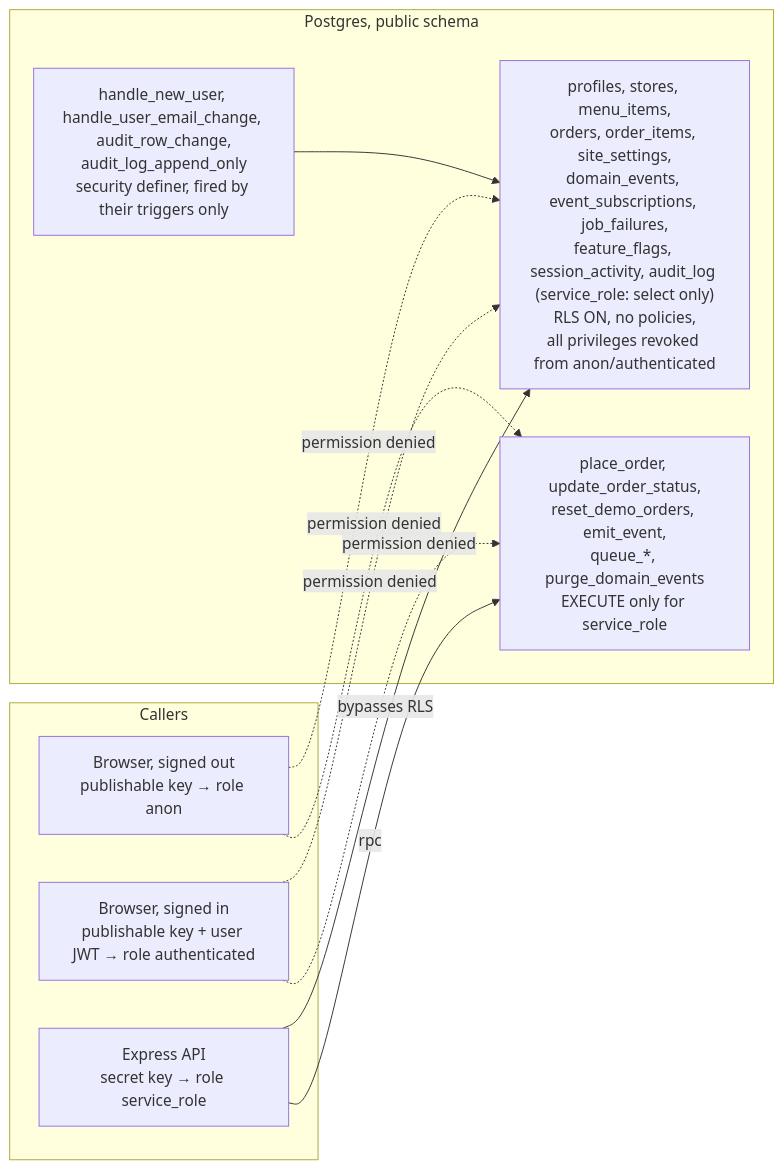
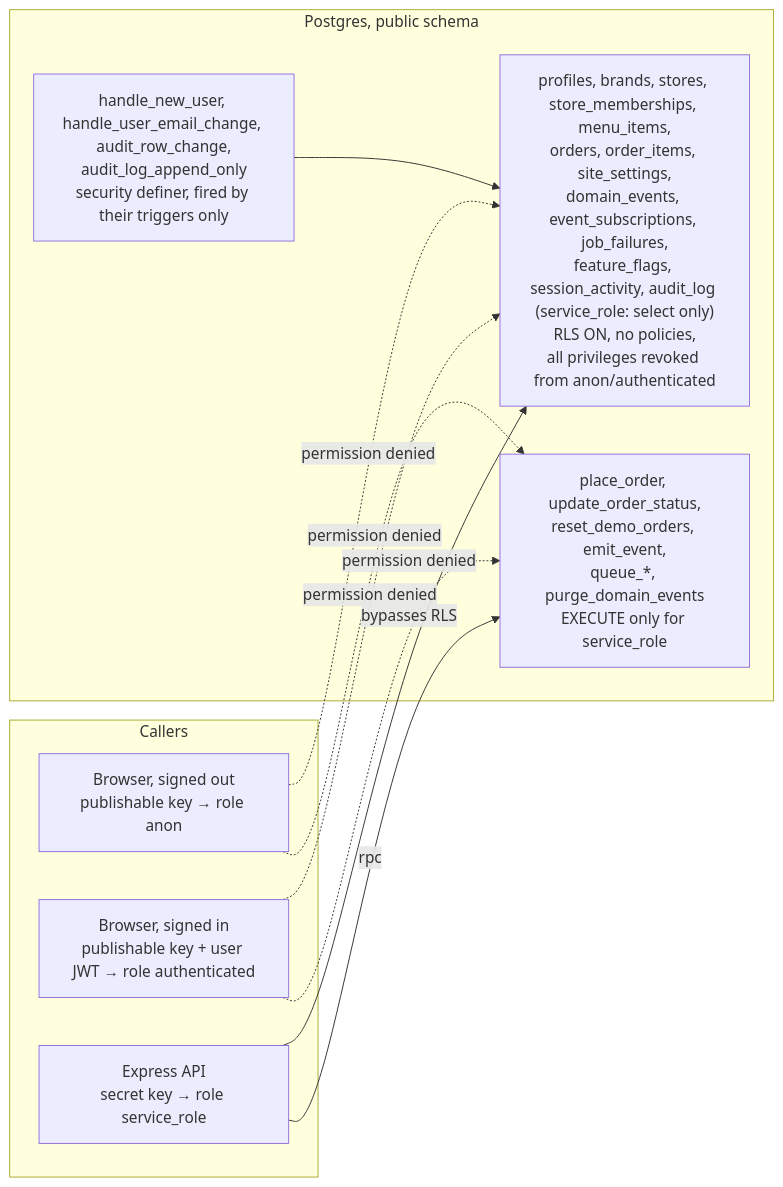
One commit to The-KhaNha/KhaNha changed the diagram in docs/PERMISSIONS.md. Above: the diagram before and after it, drawn with Mermaid. The commit also changed other lines of this file and 42 other files, not shown here.

First line of the commit message:
P2 PR 03: store memberships and the capability map

````diff
--- a/docs/PERMISSIONS.md
+++ b/docs/PERMISSIONS.md
@@ -157,22 +195,22 @@
 ```mermaid
 flowchart LR
   subgraph Callers
     Anon["Browser, signed out<br/>publishable key → role anon"]
     Authd["Browser, signed in<br/>publishable key + user JWT → role authenticated"]
     Server["Express API<br/>secret key → role service_role"]
   end
 
   subgraph Postgres["Postgres, public schema"]
-    Tables["profiles, stores, menu_items,<br/>orders, order_items, site_settings,<br/>domain_events, event_subscriptions, job_failures,<br/>feature_flags, session_activity, audit_log (service_role: select only)<br/>RLS ON, no policies,<br/>all privileges revoked from anon/authenticated"]
+    Tables["profiles, brands, stores, store_memberships, menu_items,<br/>orders, order_items, site_settings,<br/>domain_events, event_subscriptions, job_failures,<br/>feature_flags, session_activity, audit_log (service_role: select only)<br/>RLS ON, no policies,<br/>all privileges revoked from anon/authenticated"]
     Fns["place_order, update_order_status,<br/>reset_demo_orders, emit_event,<br/>queue_*, purge_domain_events<br/>EXECUTE only for service_role"]
     Trg["handle_new_user, handle_user_email_change, audit_row_change,<br/>audit_log_append_only<br/>security definer, fired by their triggers only"]
   end
 
   Anon -. "permission denied" .-> Tables
   Authd -. "permission denied" .-> Tables
   Anon -. "permission denied" .-> Fns
   Authd -. "permission denied" .-> Fns
   Server -->|"bypasses RLS"| Tables
   Server -->|"rpc"| Fns
   Trg --> Tables
 ```
````
